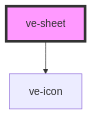
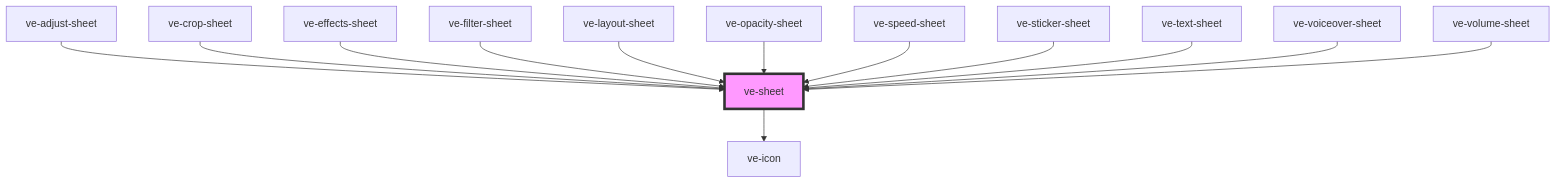
One commit to dotnetdreamer/capacitor-video-kit changed the diagram in src/components/ve-sheet/readme.md. Above: the diagram before and after it, drawn with Mermaid. The commit also changed other lines of this file and 44 other files, not shown here.

````diff
--- a/src/components/ve-sheet/readme.md
+++ b/src/components/ve-sheet/readme.md
@@ -118,5 +132,16 @@
 ```mermaid
 graph TD;
   ve-sheet --> ve-icon
+  ve-adjust-sheet --> ve-sheet
+  ve-crop-sheet --> ve-sheet
+  ve-effects-sheet --> ve-sheet
+  ve-filter-sheet --> ve-sheet
+  ve-layout-sheet --> ve-sheet
+  ve-opacity-sheet --> ve-sheet
+  ve-speed-sheet --> ve-sheet
+  ve-sticker-sheet --> ve-sheet
+  ve-text-sheet --> ve-sheet
+  ve-voiceover-sheet --> ve-sheet
+  ve-volume-sheet --> ve-sheet
   style ve-sheet fill:#f9f,stroke:#333,stroke-width:4px
 ```
````
